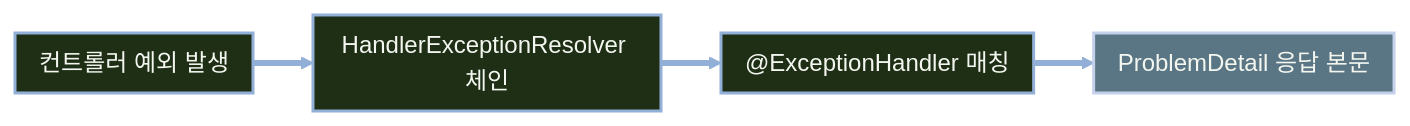
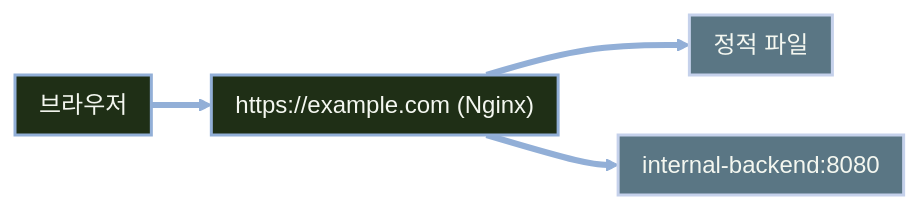
The third of 3 diagrams in slides.md (qus0in/slide-maker), drawn with Mermaid before and after one commit. The commit also changed other lines of this file, not shown here.

````diff
--- a/slides.md
+++ b/slides.md
@@ -166,23 +482,23 @@
 ```mermaid
 ---
 config:
   themeVariables:
     lineColor: "#92AFD7"
     arrowheadColor: "#92AFD7"
     edgeLabelBackground: "#1F2F16"
   flowchart:
     padding: 8
     nodeSpacing: 40
     rankSpacing: 40
 ---
 flowchart LR
-  A["컨트롤러 예외 발생"] --> B["HandlerExceptionResolver 체인"]
-  B --> C["@ExceptionHandler 매칭"]
-  C --> D["ProblemDetail 응답 본문"]
+  A["브라우저"] --> B["https://example.com (Nginx)"]
+  B --> C["정적 파일"]
+  B --> D["internal-backend:8080"]
 
-  class A,B,C step
-  class D result
+  class A,B step
+  class C,D result
   classDef step fill:#1F2F16,stroke:#92AFD7,color:#F4F7F0,stroke-width:2px
   classDef result fill:#5A7684,stroke:#C5D1EB,color:#F4F7F0,stroke-width:2px
   linkStyle default stroke:#92AFD7,stroke-width:4px
 ```
````
